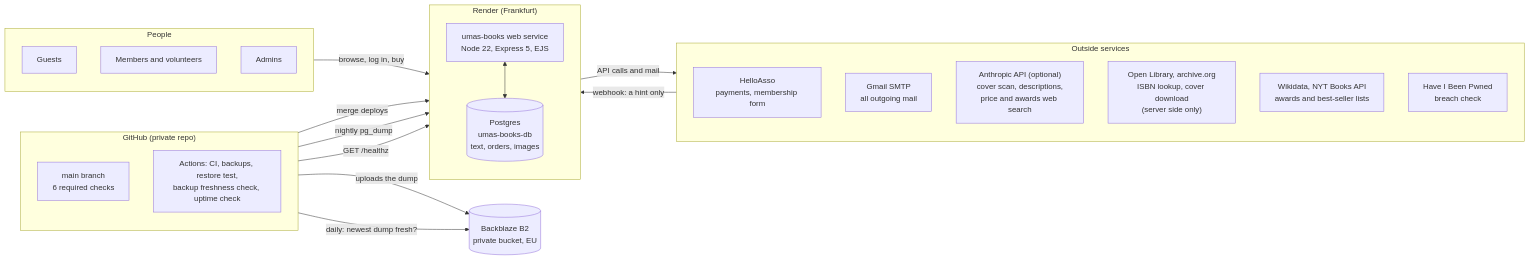
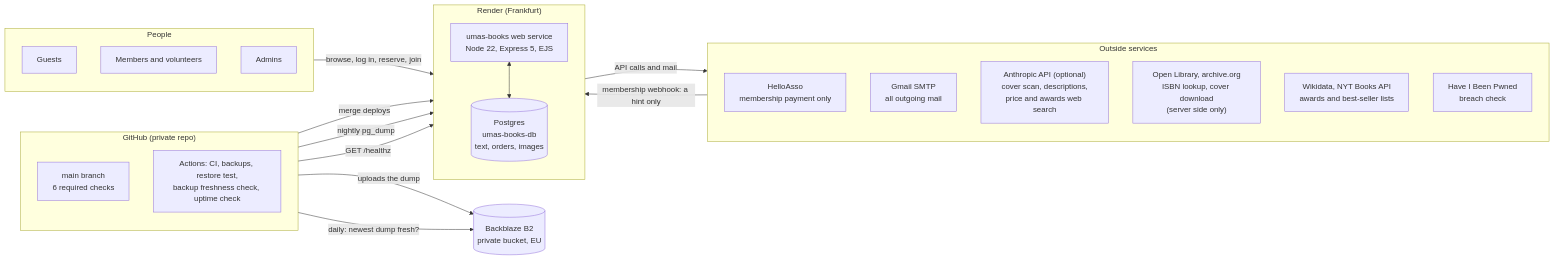
One commit to umasbooksadmin/umasbookswebsite changed the first of 15 diagrams in docs/architecture.md. Above: the diagram before and after it, drawn with Mermaid. The commit also changed other lines of this file and 112 other files, not shown here.

First line of the commit message:
Reserve online, pay at the shop: replaces online payment for books and class seats (#217)

````diff
--- a/docs/architecture.md
+++ b/docs/architecture.md
@@ -39,43 +41,43 @@
 ```mermaid
 flowchart LR
   subgraph People
     direction TB
     V[Guests]
     M[Members and volunteers]
     A[Admins]
   end
 
   subgraph Render["Render (Frankfurt)"]
     direction TB
     W["umas-books web service<br/>Node 22, Express 5, EJS"]
     DB[("Postgres<br/>umas-books-db<br/>text, orders, images")]
     W <--> DB
   end
 
   subgraph External["Outside services"]
     direction TB
-    HA["HelloAsso<br/>payments, membership form"]
+    HA["HelloAsso<br/>membership payment only"]
     GM["Gmail SMTP<br/>all outgoing mail"]
     AN["Anthropic API (optional)<br/>cover scan, descriptions,<br/>price and awards web search"]
     OL["Open Library, archive.org<br/>ISBN lookup, cover download<br/>(server side only)"]
     WD["Wikidata, NYT Books API<br/>awards and best-seller lists"]
     PW["Have I Been Pwned<br/>breach check"]
   end
 
   subgraph GitHub["GitHub (private repo)"]
     direction TB
     REPO["main branch<br/>6 required checks"]
     ACT["Actions: CI, backups, restore test,<br/>backup freshness check, uptime check"]
   end
 
   OFF[("Backblaze B2<br/>private bucket, EU")]
 
-  People -->|"browse, log in, buy"| W
+  People -->|"browse, log in, reserve, join"| W
   W -->|"API calls and mail"| External
-  HA -->|"webhook: a hint only"| W
+  HA -->|"membership webhook: a hint only"| W
   REPO -->|"merge deploys"| W
   ACT -->|"nightly pg_dump"| DB
   ACT -->|"GET /healthz"| W
   ACT -->|"uploads the dump"| OFF
   ACT -->|"daily: newest dump fresh?"| OFF
 ```
````
